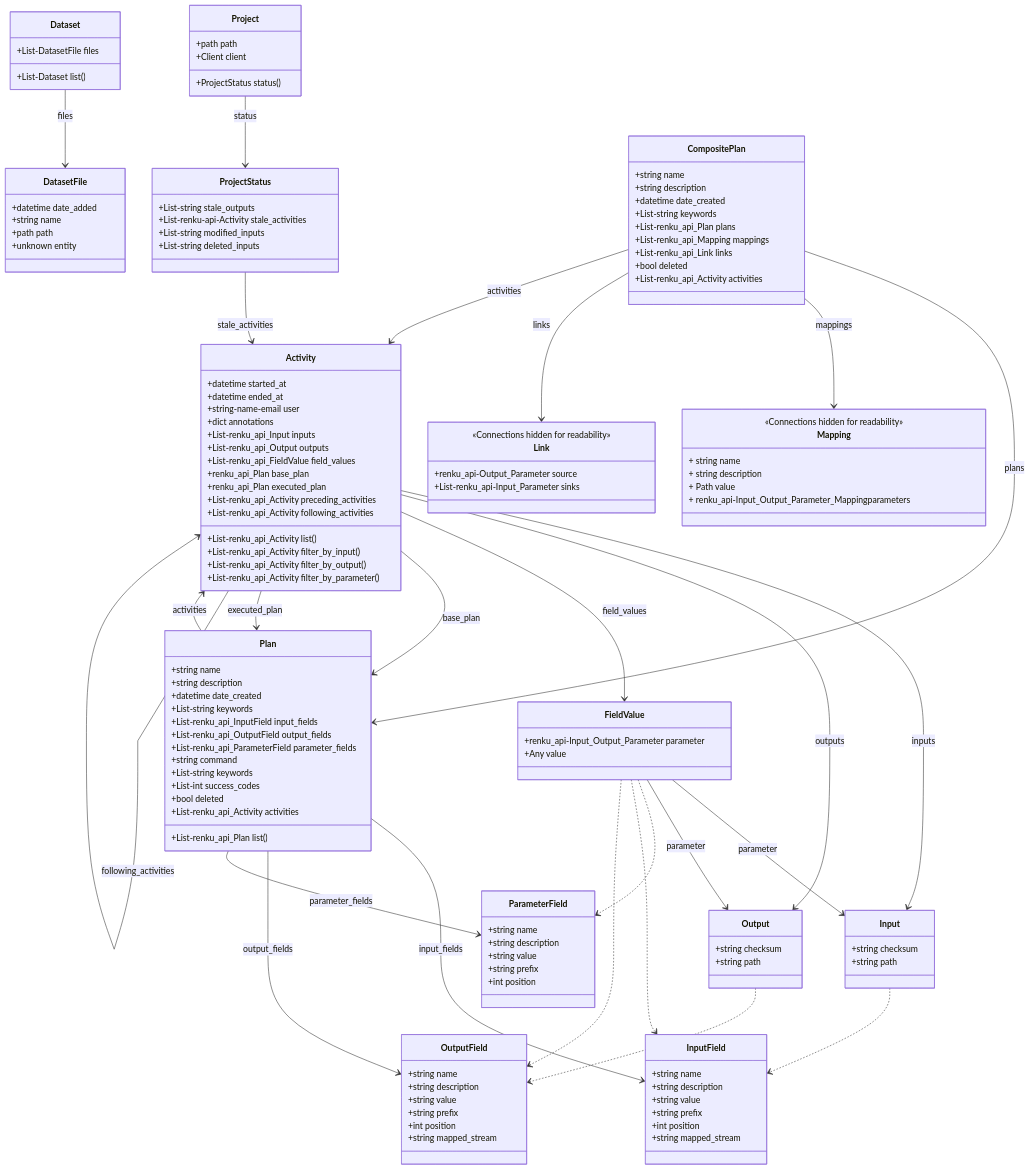
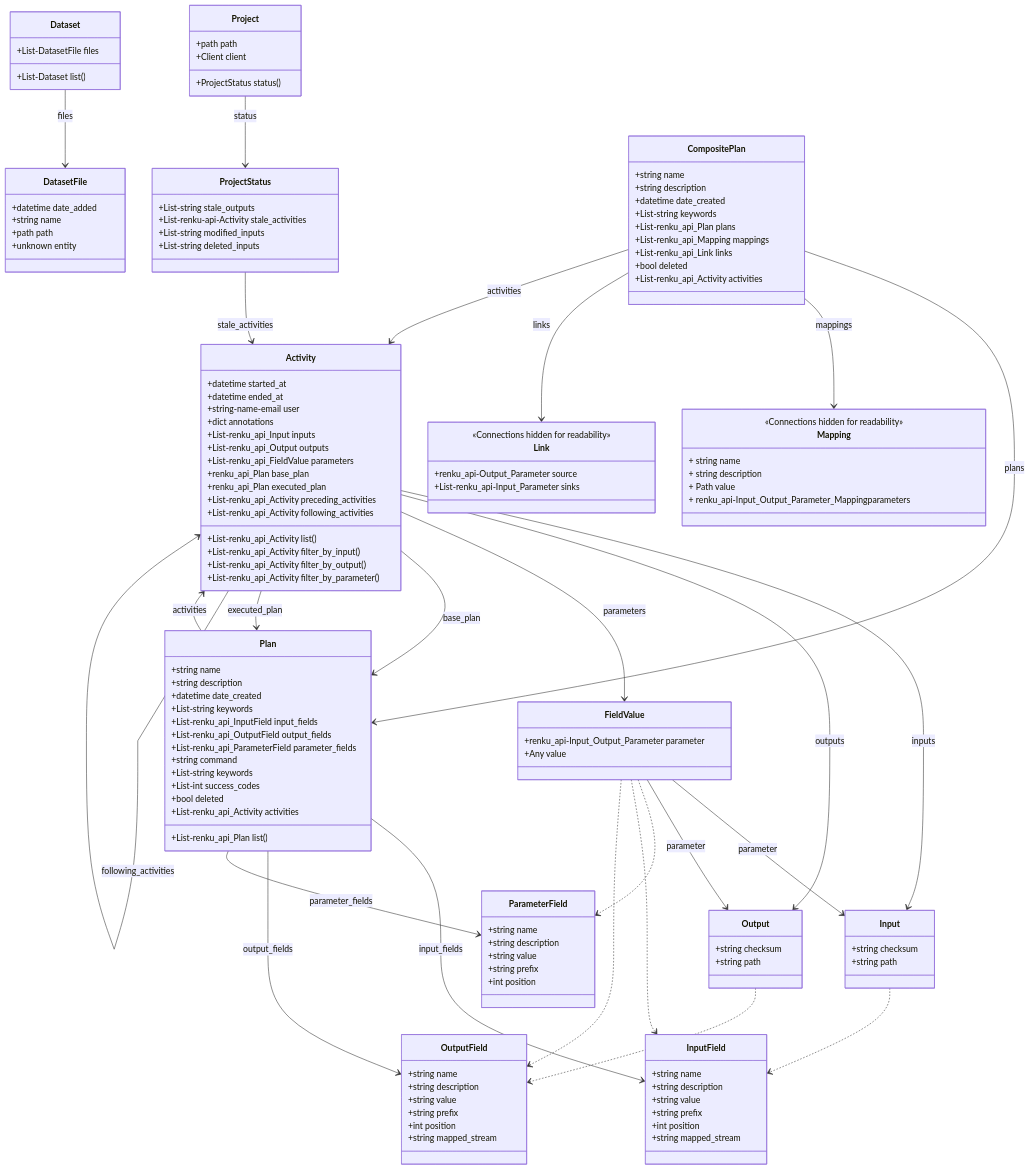
Before and after one commit to SwissDataScienceCenter/renku-design-docs: the diagram in design/006-renku-api-activities-plans/006-renku-api-activities-plans.md, drawn with Mermaid.

Commit message:
mixed up param and fieldvalue names

```diff
--- a/design/006-renku-api-activities-plans/006-renku-api-activities-plans.md
+++ b/design/006-renku-api-activities-plans/006-renku-api-activities-plans.md
@@ -135,7 +135,7 @@
         +dict annotations
         +List-renku_api_Input inputs
         +List-renku_api_Output outputs
-        +List-renku_api_FieldValue field_values
+        +List-renku_api_FieldValue parameters
         +renku_api_Plan base_plan
         +renku_api_Plan executed_plan
         +List-renku_api_Activity preceding_activities
@@ -162,7 +162,7 @@
     ProjectStatus --> Activity : stale_activities
     Activity --> Input : inputs
     Activity --> Output : outputs
-    Activity --> FieldValue : field_values
+    Activity --> FieldValue : parameters
     FieldValue --> Input : parameter 
     FieldValue --> Output : parameter
     Input ..> InputField
```
